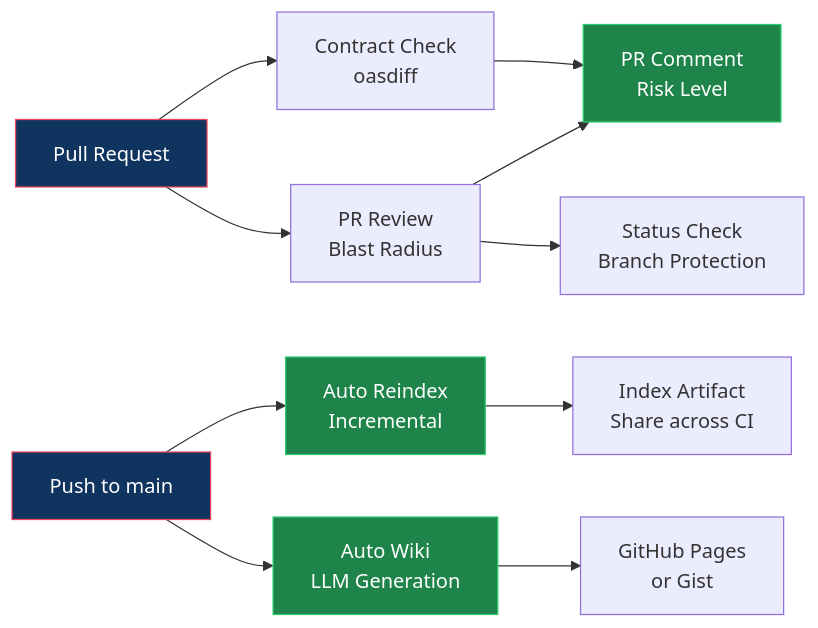
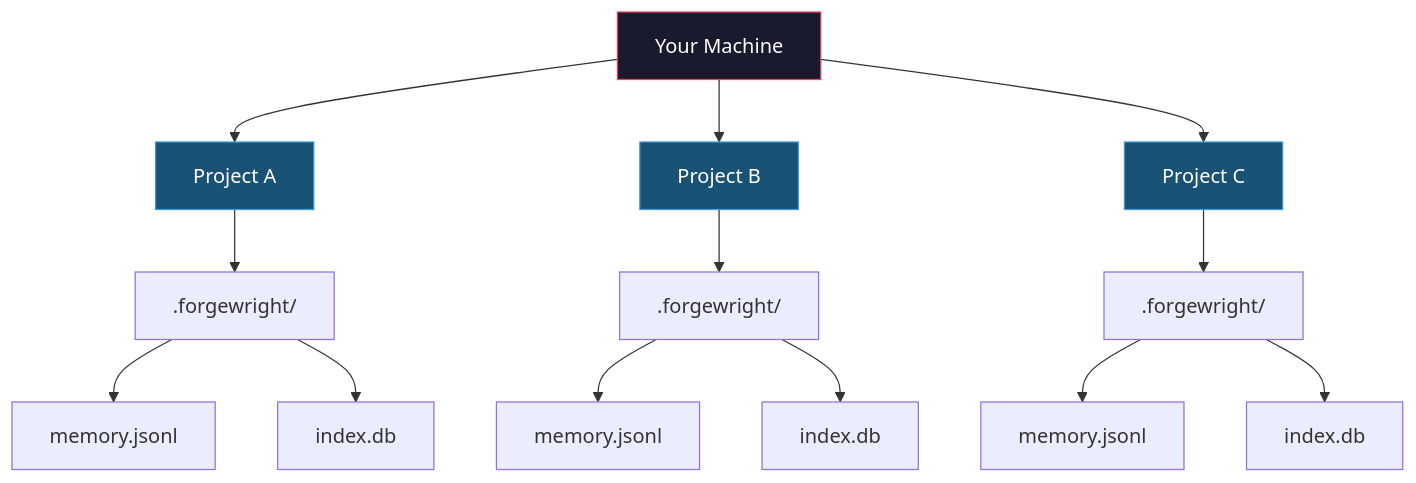
One commit to buiphucminhtam/forge17 changed the fourth of 4 diagrams in README.md. Above: the diagram before and after it, drawn with Mermaid. The commit also changed other lines of this file, not shown here.

````diff
--- a/README.md
+++ b/README.md
@@ -1506,21 +332,24 @@
 ```mermaid
-flowchart LR
-    PR["Pull Request"] --> PR_REVIEW["PR Review<br/>Blast Radius"]
-    PR --> CONTRACT["Contract Check<br/>oasdiff"]
-    PR_REVIEW --> COMMENT["PR Comment<br/>Risk Level"]
-    CONTRACT --> COMMENT
+flowchart TB
+    PC["Your Machine"]
 
-    PUSH["Push to main"] --> REINDEX["Auto Reindex<br/>Incremental"]
-    PUSH --> WIKI["Auto Wiki<br/>LLM Generation"]
+    PC --> P1["Project A"]
+    PC --> P2["Project B"]
+    PC --> P3["Project C"]
 
-    REINDEX --> ARTIFACT["Index Artifact<br/>Share across CI"]
-    WIKI --> PAGES["GitHub Pages<br/>or Gist"]
+    P1 --> M1[".forgewright/"]
+    P2 --> M2[".forgewright/"]
+    P3 --> M3[".forgewright/"]
 
-    PR_REVIEW --> STATUS["Status Check<br/>Branch Protection"]
+    M1 --> DB1["memory.jsonl"]
+    M1 --> IDX1["index.db"]
+    M2 --> DB2["memory.jsonl"]
+    M2 --> IDX2["index.db"]
+    M3 --> DB3["memory.jsonl"]
+    M3 --> IDX3["index.db"]
 
-    style PR fill:#0f3460,stroke:#e94560,color:#fff
-    style PUSH fill:#0f3460,stroke:#e94560,color:#fff
-    style COMMENT fill:#1e8449,stroke:#2ecc71,color:#fff
-    style REINDEX fill:#1e8449,stroke:#2ecc71,color:#fff
-    style WIKI fill:#1e8449,stroke:#2ecc71,color:#fff
+    style PC fill:#1a1a2e,stroke:#e94560,color:#fff
+    style P1 fill:#1a5276,stroke:#3498db,color:#fff
+    style P2 fill:#1a5276,stroke:#3498db,color:#fff
+    style P3 fill:#1a5276,stroke:#3498db,color:#fff
 ```
````
